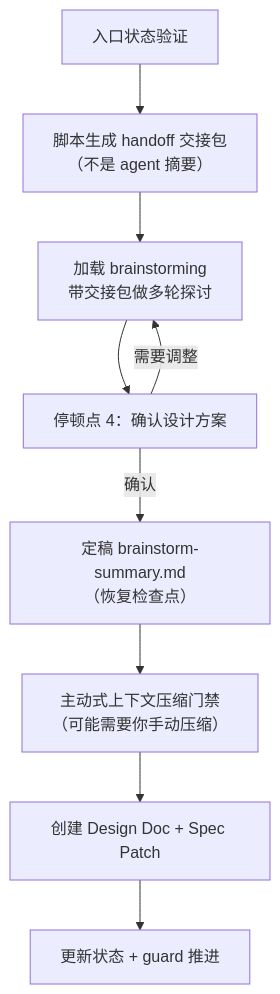
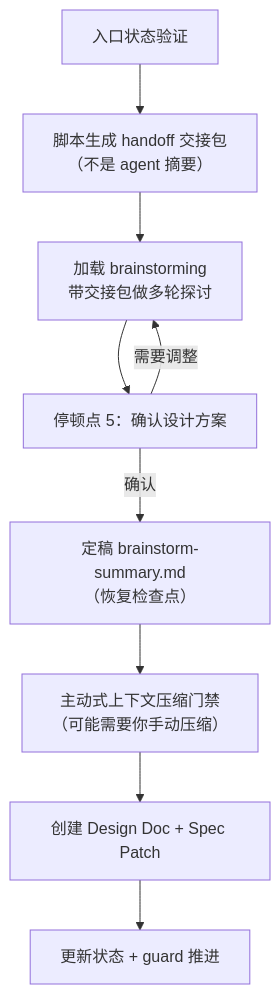
The diagram in zh/phases/design.mdx (rpamis/comet-website-docs), drawn with Mermaid before and after one commit. The commit also changed other lines of this file and 114 other files, not shown here.

````diff
--- a/zh/phases/design.mdx
+++ b/zh/phases/design.mdx
@@ -34,11 +37,11 @@
 ```mermaid
 flowchart TD
     Entry["入口状态验证"] --> S1a["脚本生成 handoff 交接包<br/>（不是 agent 摘要）"]
     S1a --> S1b["加载 brainstorming<br/>带交接包做多轮探讨"]
-    S1b --> S1c["停顿点 4：确认设计方案"]
+    S1b --> S1c["停顿点 5：确认设计方案"]
     S1c -->|需要调整| S1b
     S1c -->|确认| S1d["定稿 brainstorm-summary.md<br/>（恢复检查点）"]
     S1d --> S1e["主动式上下文压缩门禁<br/>（可能需要你手动压缩）"]
     S1e --> S2["创建 Design Doc + Spec Patch"]
     S2 --> S3["更新状态 + guard 推进"]
 ```
````
